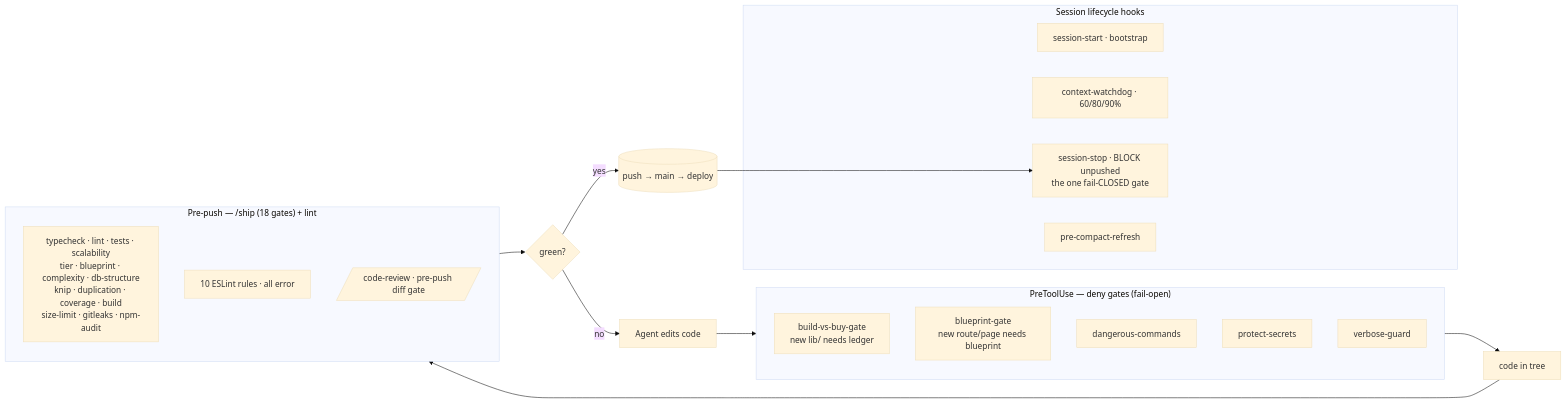
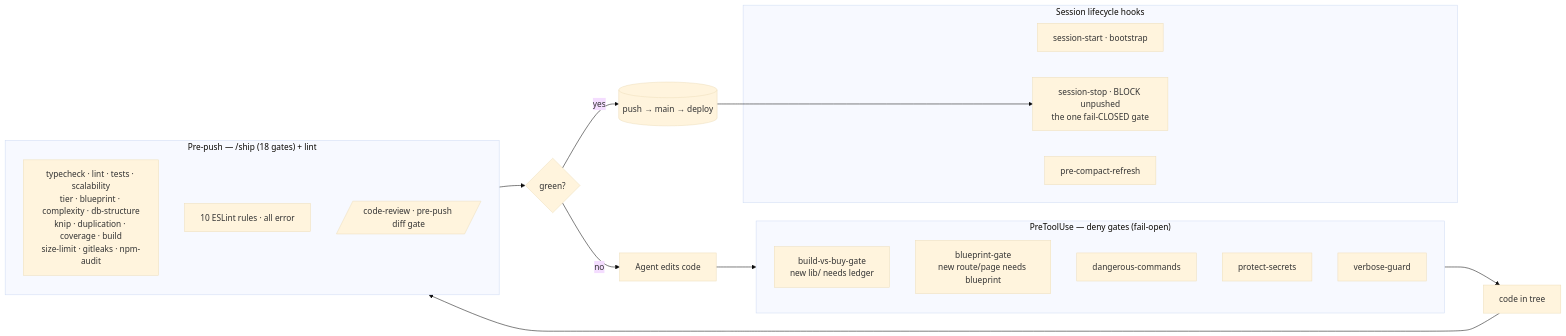
The second of 2 diagrams in docs/repo-architecture.md (Tariq-AlNuaimi/hr-centre), drawn with Mermaid (base theme) before and after one commit. The commit also changed other lines of this file and 18 other files, not shown here.

First line of the commit message:
harness: remove the context-watchdog hook fully (operator request)

````diff
--- a/docs/repo-architecture.md
+++ b/docs/repo-architecture.md
@@ -102,29 +102,28 @@
 ```mermaid
 flowchart LR
     subgraph PRE[" PreToolUse — deny gates (fail-open) "]
         BVB[build-vs-buy-gate<br/>new lib/ needs ledger]
         BP[blueprint-gate<br/>new route/page needs blueprint]
         DC[dangerous-commands]
         PS[protect-secrets]
         VG[verbose-guard]
     end
 
     subgraph PUSH[" Pre-push — /ship (18 gates) + lint "]
         SHIP[typecheck · lint · tests · scalability<br/>tier · blueprint · complexity · db-structure<br/>knip · duplication · coverage · build<br/>size-limit · gitleaks · npm-audit]
         ESLINT[10 ESLint rules · all error]
         CR[/code-review · pre-push diff gate/]
     end
 
     subgraph LIFE[" Session lifecycle hooks "]
         START[session-start · bootstrap]
-        WATCH[context-watchdog · 60/80/90%]
         STOP[session-stop · BLOCK unpushed<br/>the one fail-CLOSED gate]
         COMPACT[pre-compact-refresh]
     end
 
     EDIT[Agent edits code] --> PRE --> WROTE[code in tree]
     WROTE --> PUSH --> GREEN{green?}
     GREEN -->|yes| REMOTE[(push → main → deploy)]
     GREEN -->|no| EDIT
     REMOTE --> STOP
 ```
````
